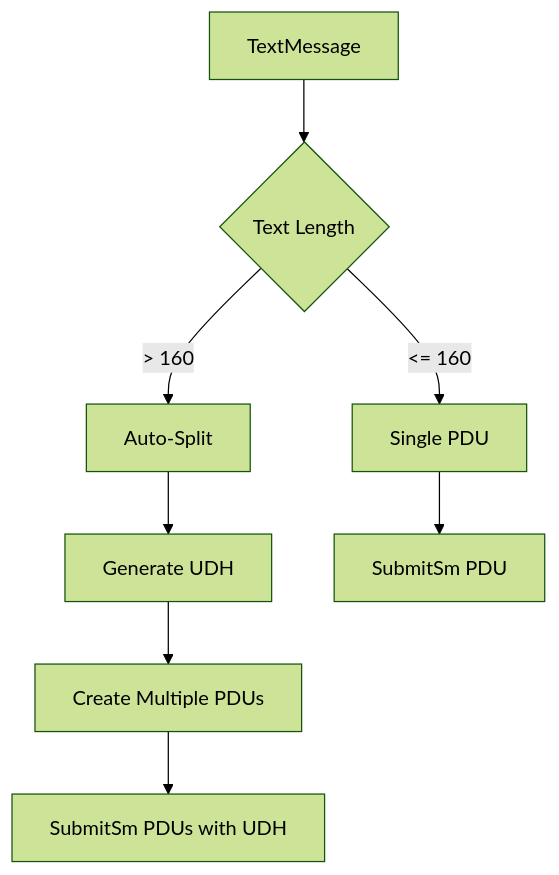
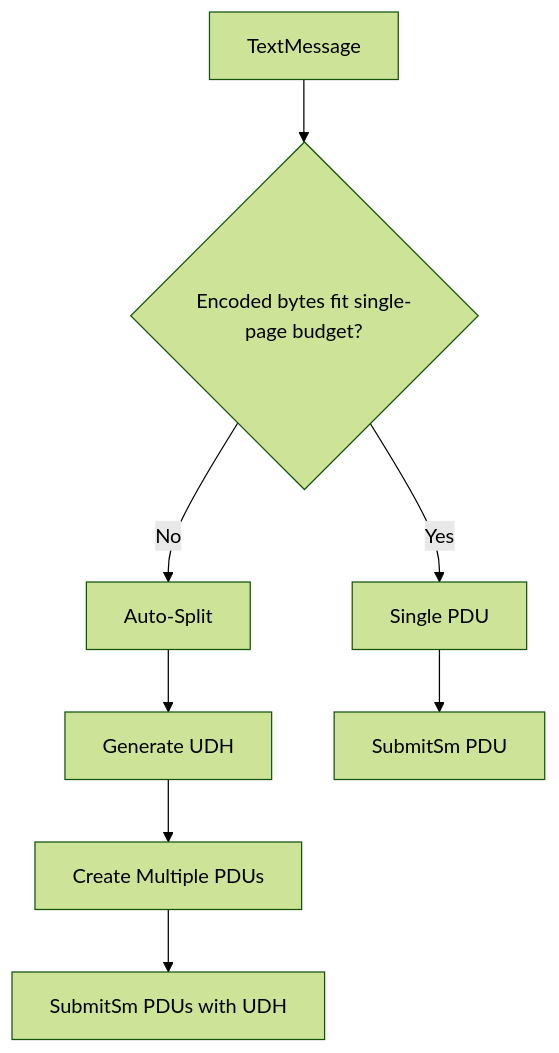
Before and after one commit to Elyfe-Innovations/Elyfe.Smpp: the fifth of 7 diagrams in docs/ShortMessage.md, drawn with Mermaid (forest theme). The commit also changed other lines of this file and 2 other files, not shown here.

Commit message:
fix(smpp): independently encode configured text pages

````diff
--- a/docs/ShortMessage.md
+++ b/docs/ShortMessage.md
@@ -228,10 +228,10 @@
 ```mermaid
 flowchart TD
-    A[TextMessage] --> B{Text Length}
-    B -->|<= 160| C[Single PDU]
-    B -->|> 160| D[Auto-Split]
+    A[TextMessage] --> B{Encoded bytes fit single-page budget?}
+    B -->|Yes| C[Single PDU]
+    B -->|No| D[Auto-Split]
     D --> E[Generate UDH]
     E --> F[Create Multiple PDUs]
     C --> G[SubmitSm PDU]
     F --> H[SubmitSm PDUs with UDH]
 ```
````
